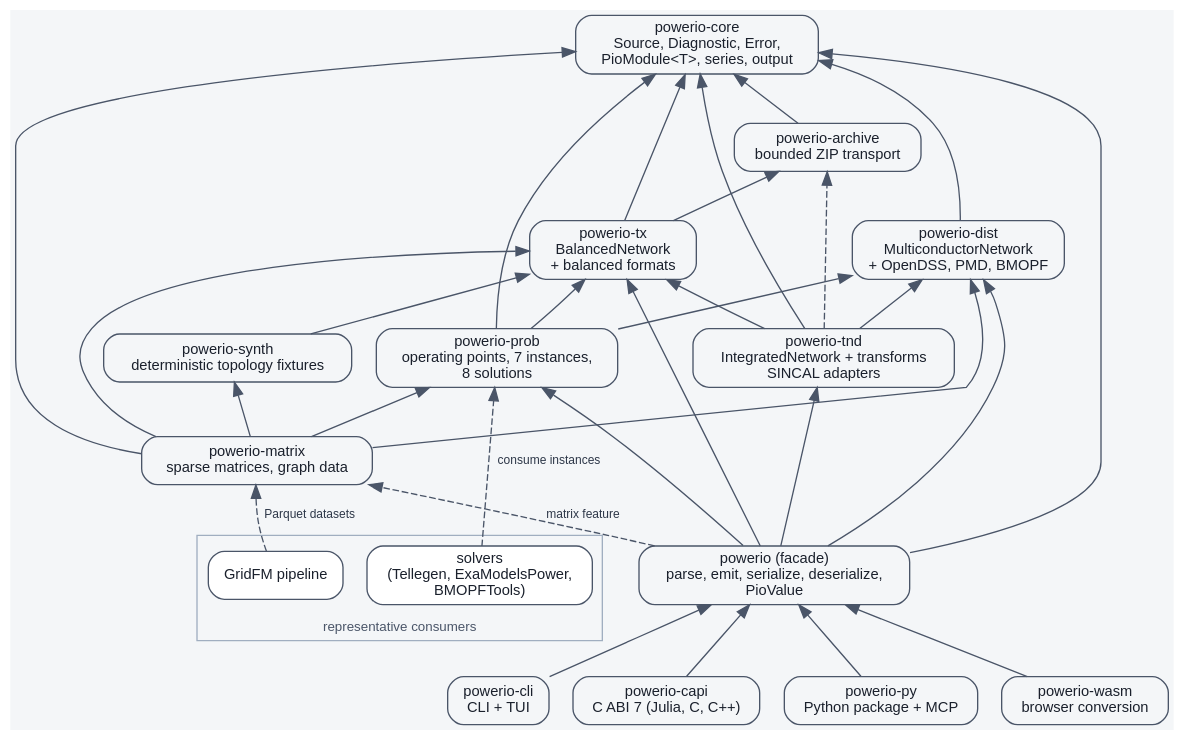
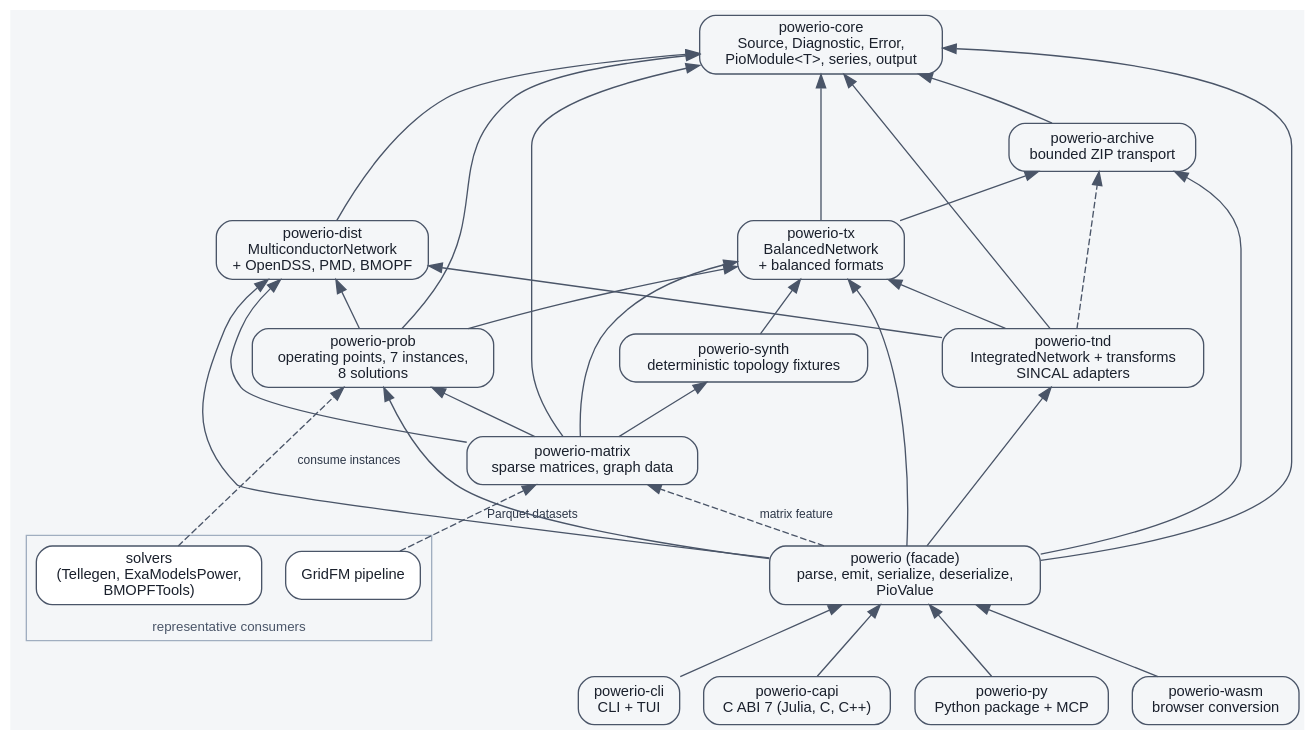
One commit to eigenergy/powerio changed the diagram in docs/diagrams/architecture.dot. Above: the diagram before and after it, drawn with Graphviz. The commit also changed 10 other files, not shown here.

```diff
--- a/docs/diagrams/architecture.dot
+++ b/docs/diagrams/architecture.dot
@@ -1,70 +1,71 @@
 // The primary architecture map: components, dependency direction, and the
 // two network families. Edges read "depends on" unless labeled. Checked
 // against cargo metadata by scripts/check-architecture-map.py; the committed
 // SVG is generated by the same script. Node ids that name crates must match
 // workspace member names exactly.
 digraph powerio_architecture {
     rankdir = BT;
     bgcolor = "#f4f6f8";
     node [shape = box, style = "rounded,filled", fillcolor = "#f4f6f8",
           color = "#4a5568", fontname = "Helvetica", fontsize = 11,
           fontcolor = "#1a202c"];
     edge [color = "#4a5568", fontname = "Helvetica", fontsize = 9,
           fontcolor = "#2d3748"];
 
     subgraph cluster_consumers {
         label = "representative consumers";
         fontname = "Helvetica"; fontsize = 10; color = "#a0aec0"; fontcolor = "#4a5568";
         solvers [label = "solvers\n(Tellegen, ExaModelsPower,\nBMOPFTools)", fillcolor = "#ffffff"];
         gridfm_ml [label = "GridFM pipeline", fillcolor = "#ffffff"];
     }
 
     "powerio-cli" [label = "powerio-cli\nCLI + TUI"];
     "powerio-capi" [label = "powerio-capi\nC ABI 7 (Julia, C, C++)"];
     "powerio-py" [label = "powerio-py\nPython package + MCP"];
     "powerio-wasm" [label = "powerio-wasm\nbrowser conversion"];
 
     powerio [label = "powerio (facade)\nparse, emit, serialize, deserialize,\nPioValue"];
 
     "powerio-matrix" [label = "powerio-matrix\nsparse matrices, graph data"];
     "powerio-synth" [label = "powerio-synth\ndeterministic topology fixtures"];
     "powerio-prob" [label = "powerio-prob\noperating points, 7 instances,\n8 solutions"];
 
     "powerio-tx" [label = "powerio-tx\nBalancedNetwork\n+ balanced formats"];
     "powerio-dist" [label = "powerio-dist\nMulticonductorNetwork\n+ OpenDSS, PMD, BMOPF"];
 
     "powerio-core" [label = "powerio-core\nSource, Diagnostic, Error,\nPioModule<T>, series, output"];
     "powerio-tnd" [label = "powerio-tnd\nIntegratedNetwork + transforms\nSINCAL adapters"];
 
     "powerio-archive" [label = "powerio-archive\nbounded ZIP transport"];
     "powerio-archive" -> "powerio-core";
+"powerio" -> "powerio-archive";
 "powerio-tx" -> "powerio-archive";
 "powerio-tnd" -> "powerio-archive" [style=dashed];
     "powerio-synth" -> "powerio-tx";
     "powerio-tx" -> "powerio-core";
     "powerio-tnd" -> "powerio-tx";
     "powerio-tnd" -> "powerio-dist";
     "powerio-dist" -> "powerio-core";
     "powerio-tnd" -> "powerio-core";
     "powerio-prob" -> "powerio-core";
     "powerio-prob" -> "powerio-tx";
     "powerio-prob" -> "powerio-dist";
     "powerio-matrix" -> "powerio-core";
     "powerio-matrix" -> "powerio-tx";
     "powerio-matrix" -> "powerio-dist";
     "powerio-matrix" -> "powerio-prob";
     "powerio-matrix" -> "powerio-synth";
     powerio -> "powerio-core";
     powerio -> "powerio-tnd";
     powerio -> "powerio-tx";
     powerio -> "powerio-dist";
     powerio -> "powerio-prob";
     powerio -> "powerio-matrix" [label = "matrix feature", style = dashed];
     "powerio-cli" -> powerio;
     "powerio-capi" -> powerio;
     "powerio-py" -> powerio;
     "powerio-wasm" -> powerio;
 
     solvers -> "powerio-prob" [label = "consume instances", style = dashed];
     gridfm_ml -> "powerio-matrix" [label = "Parquet datasets", style = dashed];
 }
```
